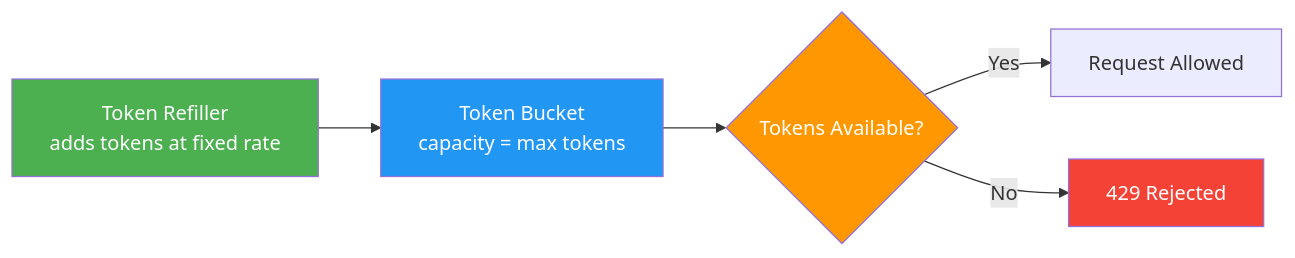
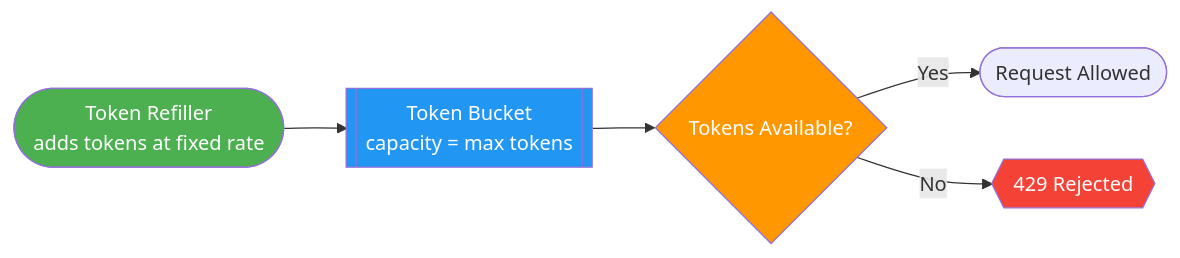
One commit to saivamsikaruturi/vamsilabs-dev-notes-main changed the first of 8 diagrams in docs/ratelimiting.md. Above: the diagram before and after it, drawn with Mermaid. The commit also changed other lines of this file and 146 other files, not shown here.

Commit message:
Horizontal diagrams, UML class diagrams, typography overhaul, and permalink cleanup

````diff
--- a/docs/ratelimiting.md
+++ b/docs/ratelimiting.md
@@ -28,12 +28,12 @@
 ```mermaid
-graph LR
+flowchart LR
     style A fill:#4CAF50,color:#fff
     style B fill:#2196F3,color:#fff
     style C fill:#FF9800,color:#fff
     style D fill:#f44336,color:#fff
 
-    A[Token Refiller<br/>adds tokens at fixed rate] --> B[Token Bucket<br/>capacity = max tokens]
-    B --> C{Tokens Available?}
-    C -->|Yes| E[Request Allowed]
-    C -->|No| D[429 Rejected]
+    A(["Token Refiller<br/>adds tokens at fixed rate"]) --> B[["Token Bucket<br/>capacity = max tokens"]]
+    B --> C{"Tokens Available?"}
+    C -->|Yes| E(["Request Allowed"])
+    C -->|No| D{{"429 Rejected"}}
 ```
````
